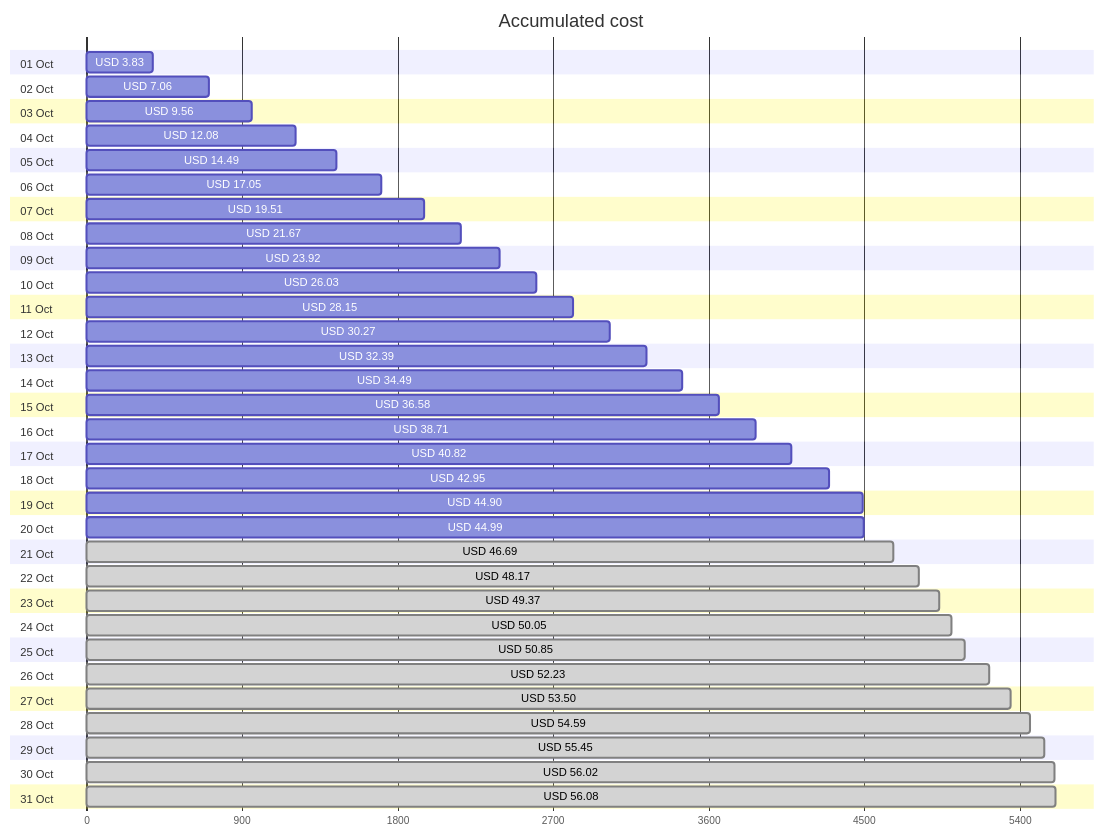
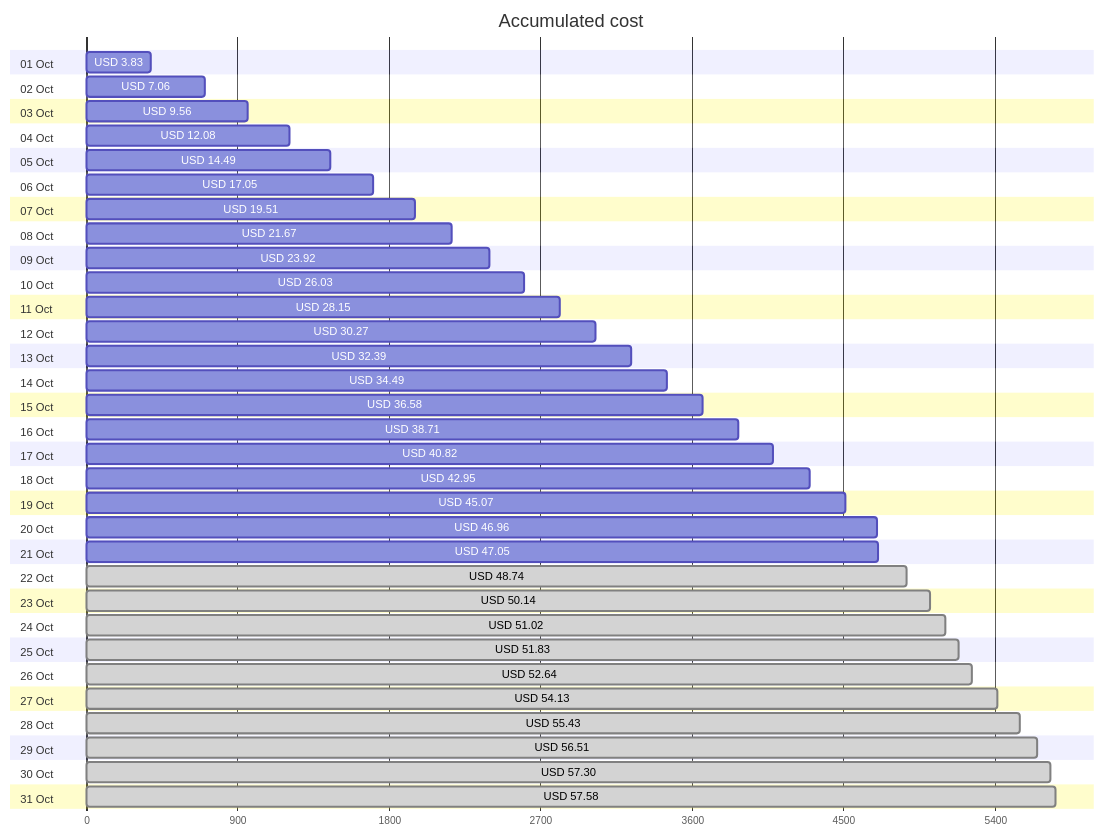
Before and after one commit to jpfulton/azure-personal-reports: the first of 4 diagrams in cost-reports/accumulated-cost.md, drawn with Mermaid. The commit also changed other lines of this file and 4 other files, not shown here.

````diff
--- a/cost-reports/accumulated-cost.md
+++ b/cost-reports/accumulated-cost.md
@@ -20,68 +20,68 @@
 ```mermaid
 gantt
    title Accumulated cost
    dateFormat  X
    axisFormat %s
    section 01 Oct
    USD 3.83 :0, 383
    section 02 Oct
    USD 7.06 :0, 706
    section 03 Oct
    USD 9.56 :0, 956
    section 04 Oct
    USD 12.08 :0, 1208
    section 05 Oct
    USD 14.49 :0, 1449
    section 06 Oct
    USD 17.05 :0, 1705
    section 07 Oct
    USD 19.51 :0, 1951
    section 08 Oct
    USD 21.67 :0, 2167
    section 09 Oct
    USD 23.92 :0, 2392
    section 10 Oct
    USD 26.03 :0, 2603
    section 11 Oct
    USD 28.15 :0, 2815
    section 12 Oct
    USD 30.27 :0, 3027
    section 13 Oct
    USD 32.39 :0, 3239
    section 14 Oct
    USD 34.49 :0, 3449
    section 15 Oct
    USD 36.58 :0, 3658
    section 16 Oct
    USD 38.71 :0, 3871
    section 17 Oct
    USD 40.82 :0, 4082
    section 18 Oct
    USD 42.95 :0, 4295
    section 19 Oct
-   USD 44.90 :0, 4490
+   USD 45.07 :0, 4507
    section 20 Oct
-   USD 44.99 :0, 4499
+   USD 46.96 :0, 4696
    section 21 Oct
-   USD 46.69 : done, 0, 4669
+   USD 47.05 :0, 4705
    section 22 Oct
-   USD 48.17 : done, 0, 4817
+   USD 48.74 : done, 0, 4874
    section 23 Oct
-   USD 49.37 : done, 0, 4937
+   USD 50.14 : done, 0, 5014
    section 24 Oct
-   USD 50.05 : done, 0, 5005
+   USD 51.02 : done, 0, 5102
    section 25 Oct
-   USD 50.85 : done, 0, 5085
+   USD 51.83 : done, 0, 5183
    section 26 Oct
-   USD 52.23 : done, 0, 5223
+   USD 52.64 : done, 0, 5264
    section 27 Oct
-   USD 53.50 : done, 0, 5350
+   USD 54.13 : done, 0, 5413
    section 28 Oct
-   USD 54.59 : done, 0, 5459
+   USD 55.43 : done, 0, 5543
    section 29 Oct
-   USD 55.45 : done, 0, 5545
+   USD 56.51 : done, 0, 5651
    section 30 Oct
-   USD 56.02 : done, 0, 5602
+   USD 57.30 : done, 0, 5730
    section 31 Oct
-   USD 56.08 : done, 0, 5608
+   USD 57.58 : done, 0, 5758
 ```
````
